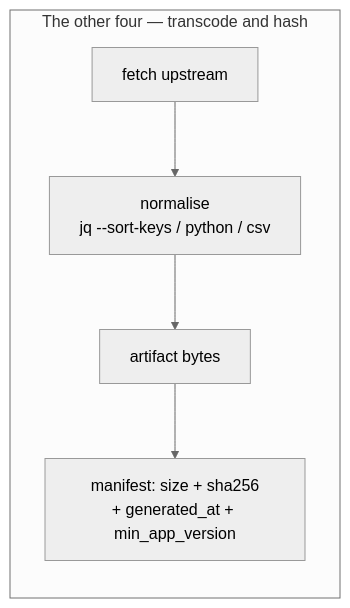
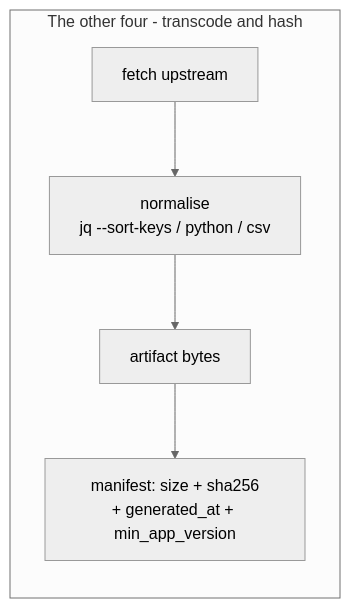
One commit to foxhole-team/foxhole-core changed the third of 6 diagrams in docs/architecture/05-data-repository.md. Above: the diagram before and after it, drawn with Mermaid (neutral theme). The commit also changed other lines of this file and 51 other files, not shown here.

````diff
--- a/docs/architecture/05-data-repository.md
+++ b/docs/architecture/05-data-repository.md
@@ -73,8 +73,8 @@
 ```mermaid
 flowchart LR
-    subgraph rest["The other four — transcode and hash"]
+    subgraph rest["The other four - transcode and hash"]
         r1["fetch upstream"] --> r2["normalise<br/>jq --sort-keys / python / csv"]
         r2 --> r3["artifact bytes"]
         r3 --> r4["manifest: size + sha256<br/>+ generated_at + min_app_version"]
     end
 ```
````
